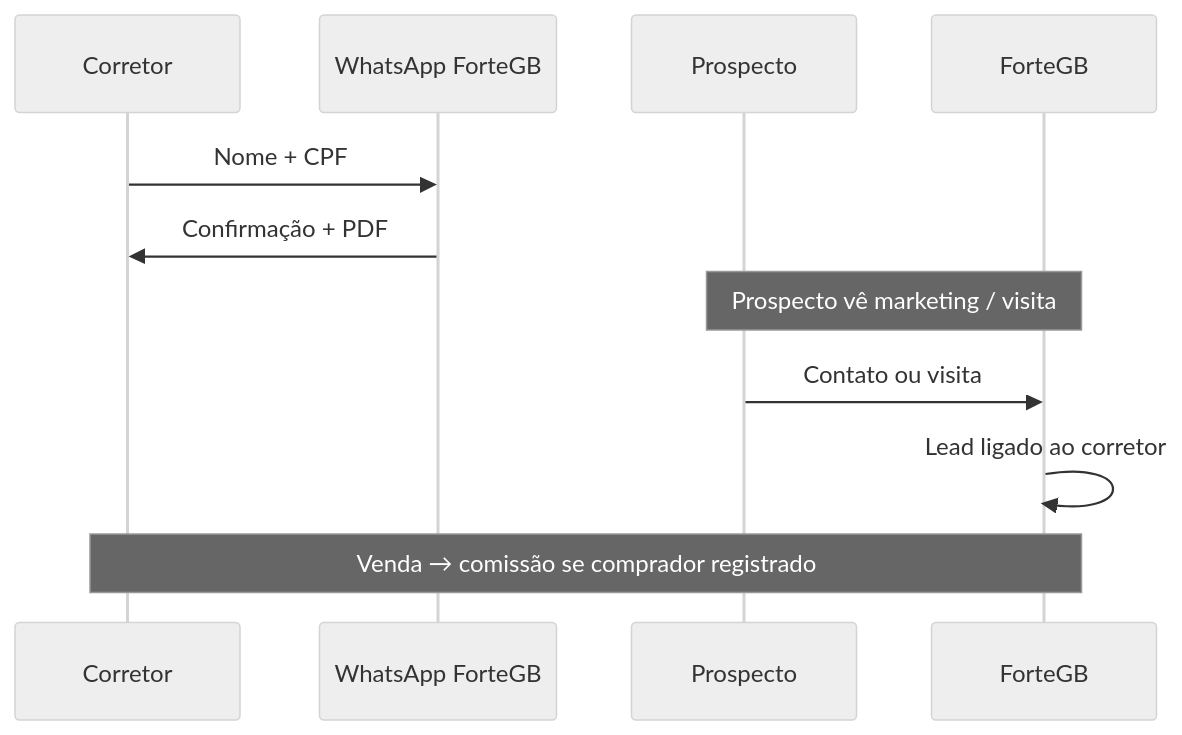
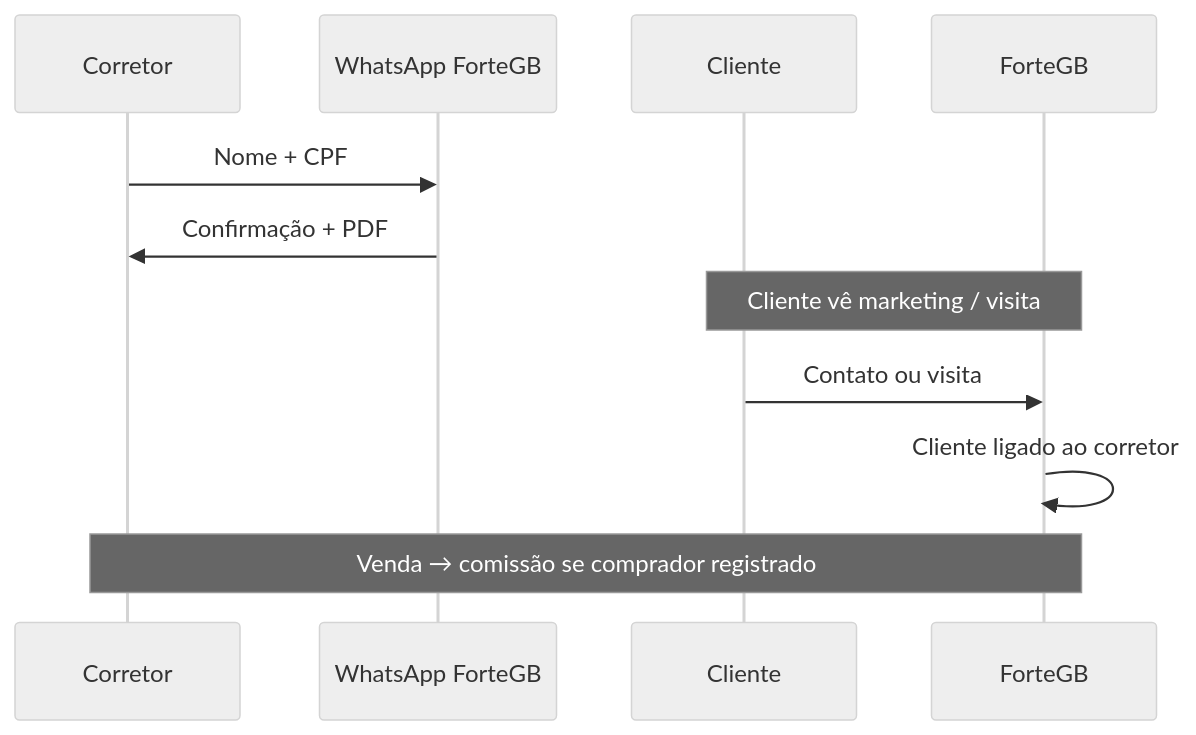
The third of 4 diagrams in docs/planning/apresentacao-socios.md (fortegb/platform), drawn with Mermaid (neutral theme) before and after one commit. The commit also changed other lines of this file and 30 other files, not shown here.

First line of the commit message:
docs(#28): terminology sweep — lead/prospecto → cliente across planning docs

````diff
--- a/docs/planning/apresentacao-socios.md
+++ b/docs/planning/apresentacao-socios.md
@@ -102,13 +102,13 @@
 ```mermaid
 sequenceDiagram
   participant Cor as Corretor
   participant Bot as WhatsApp ForteGB
-  participant P as Prospecto
+  participant P as Cliente
   participant FG as ForteGB
   Cor->>Bot: Nome + CPF
   Bot->>Cor: Confirmação + PDF
-  Note over P,FG: Prospecto vê marketing / visita
+  Note over P,FG: Cliente vê marketing / visita
   P->>FG: Contato ou visita
-  FG->>FG: Lead ligado ao corretor
+  FG->>FG: Cliente ligado ao corretor
   Note over FG,Cor: Venda → comissão se comprador registrado
 ```
````
